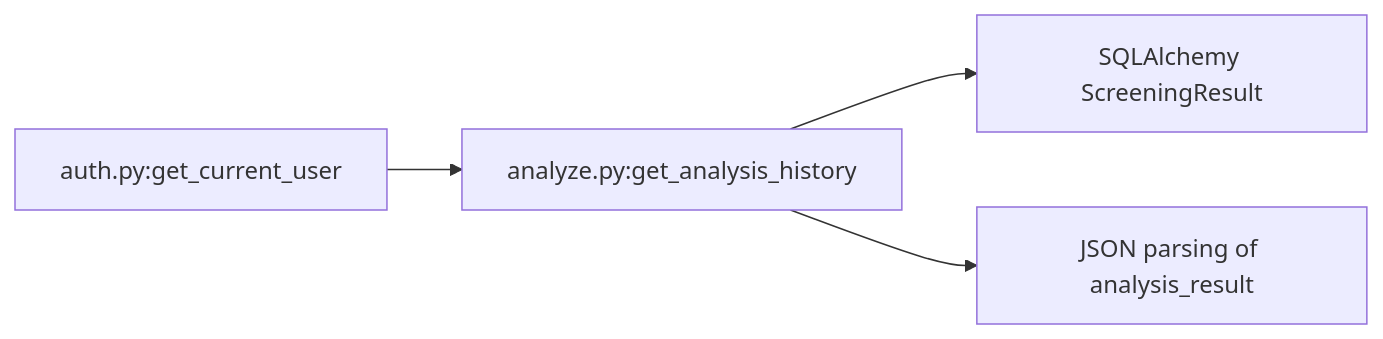
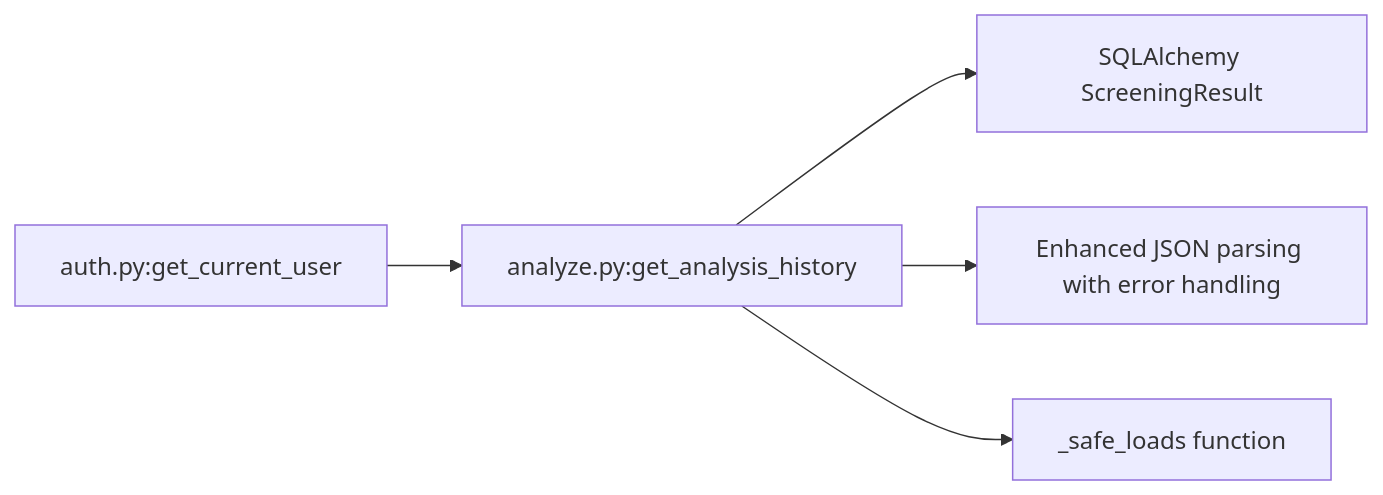
The fifth of 5 diagrams in .qoder/repowiki/en/content/API Reference/Analysis Endpoints/Analysis History.md (Revanththetalogics/aireume), drawn with Mermaid before and after one commit. The commit also changed other lines of this file and 7 other files, not shown here.

````diff
--- a/.qoder/repowiki/en/content/API Reference/Analysis Endpoints/Analysis History.md
+++ b/.qoder/repowiki/en/content/API Reference/Analysis Endpoints/Analysis History.md
@@ -249,6 +313,7 @@
 ```mermaid
 graph LR
 Auth["auth.py:get_current_user"] --> Router["analyze.py:get_analysis_history"]
 Router --> ORM["SQLAlchemy ScreeningResult"]
-Router --> JSON["JSON parsing of analysis_result"]
+Router --> JSON["Enhanced JSON parsing with error handling"]
+Router --> SafeLoads["_safe_loads function"]
 ```
````
